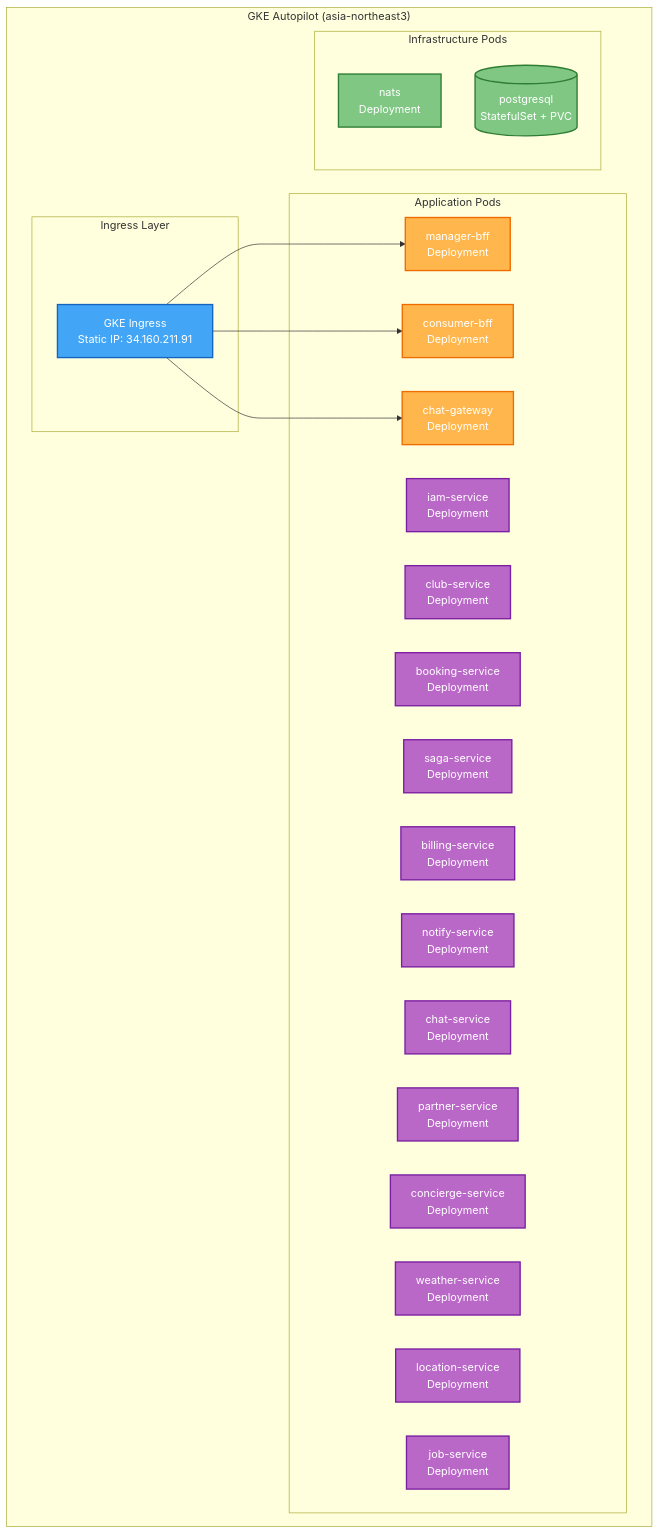
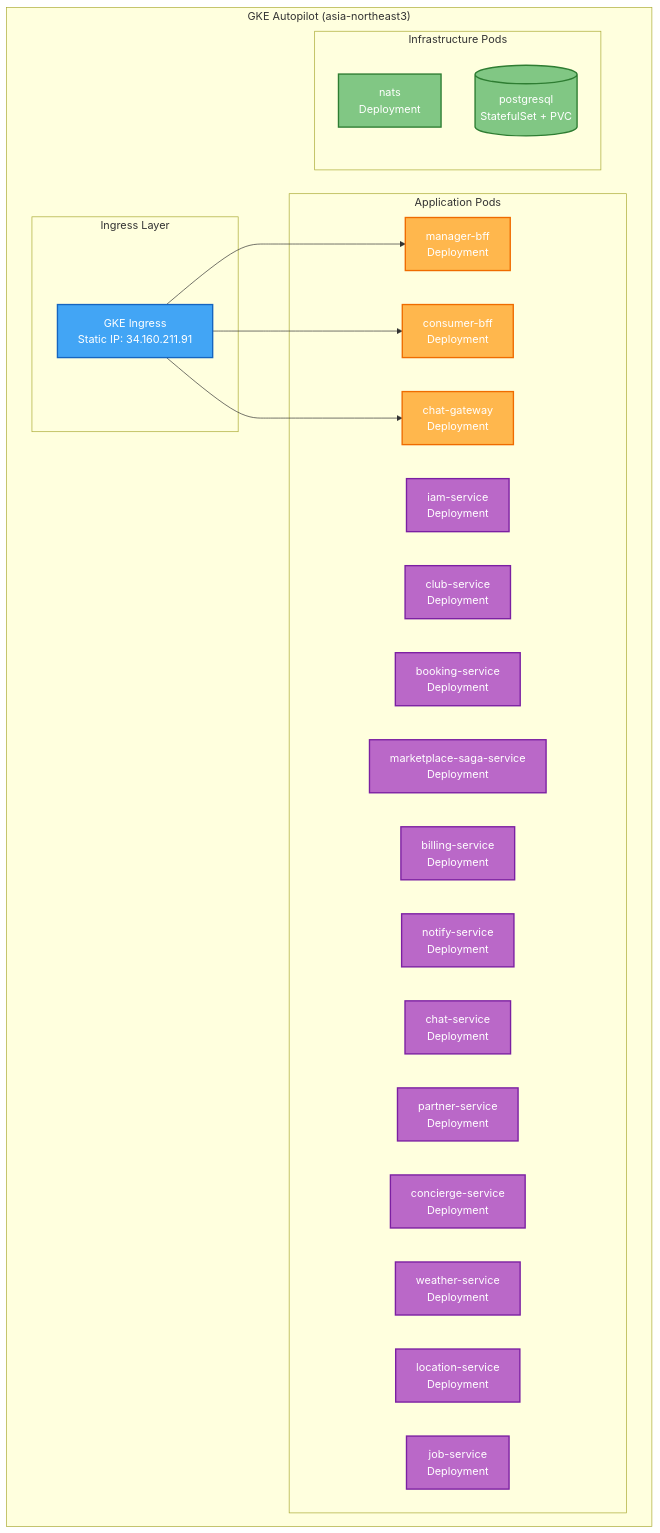
Before and after one commit to uniyous/parkgolf-platform: the sixth of 7 diagrams in docs/architecture/system.md, drawn with Mermaid. The commit also changed other lines of this file and 70 other files, not shown here.

First line of the commit message:
refactor(saga): saga-service → marketplace-saga-service 리네임 (UNI-127)

````diff
--- a/docs/architecture/system.md
+++ b/docs/architecture/system.md
@@ -531,40 +531,40 @@
 ```mermaid
 graph TB
   classDef ingress fill:#42a5f5,stroke:#1565c0,stroke-width:2px,color:#fff
   classDef bff fill:#ffb74d,stroke:#ef6c00,stroke-width:2px,color:#fff
   classDef service fill:#ba68c8,stroke:#7b1fa2,stroke-width:2px,color:#fff
   classDef infra fill:#81c784,stroke:#2e7d32,stroke-width:2px,color:#fff
 
   subgraph GKE["GKE Autopilot (asia-northeast3)"]
     subgraph IngressLayer["Ingress Layer"]
       ING["GKE Ingress<br/>Static IP: 34.160.211.91"]:::ingress
     end
 
     subgraph AppPods["Application Pods"]
       AAPI["manager-bff<br/>Deployment"]:::bff
       UAPI["consumer-bff<br/>Deployment"]:::bff
       CHATGW["chat-gateway<br/>Deployment"]:::bff
       IAM["iam-service<br/>Deployment"]:::service
       COURSE["club-service<br/>Deployment"]:::service
       BOOK["booking-service<br/>Deployment"]:::service
-      SAGA["saga-service<br/>Deployment"]:::service
+      SAGA["marketplace-saga-service<br/>Deployment"]:::service
       PAY["billing-service<br/>Deployment"]:::service
       NOTIFY["notify-service<br/>Deployment"]:::service
       CHAT["chat-service<br/>Deployment"]:::service
       PARTNER["partner-service<br/>Deployment"]:::service
       AGENT["concierge-service<br/>Deployment"]:::service
       WEATHER["weather-service<br/>Deployment"]:::service
       LOCATION["location-service<br/>Deployment"]:::service
       JOB["job-service<br/>Deployment"]:::service
     end
 
     subgraph InfraPods["Infrastructure Pods"]
       NATS["nats<br/>Deployment"]:::infra
       PG[("postgresql<br/>StatefulSet + PVC")]:::infra
     end
   end
 
   ING --> AAPI
   ING --> UAPI
   ING --> CHATGW
 ```
````
